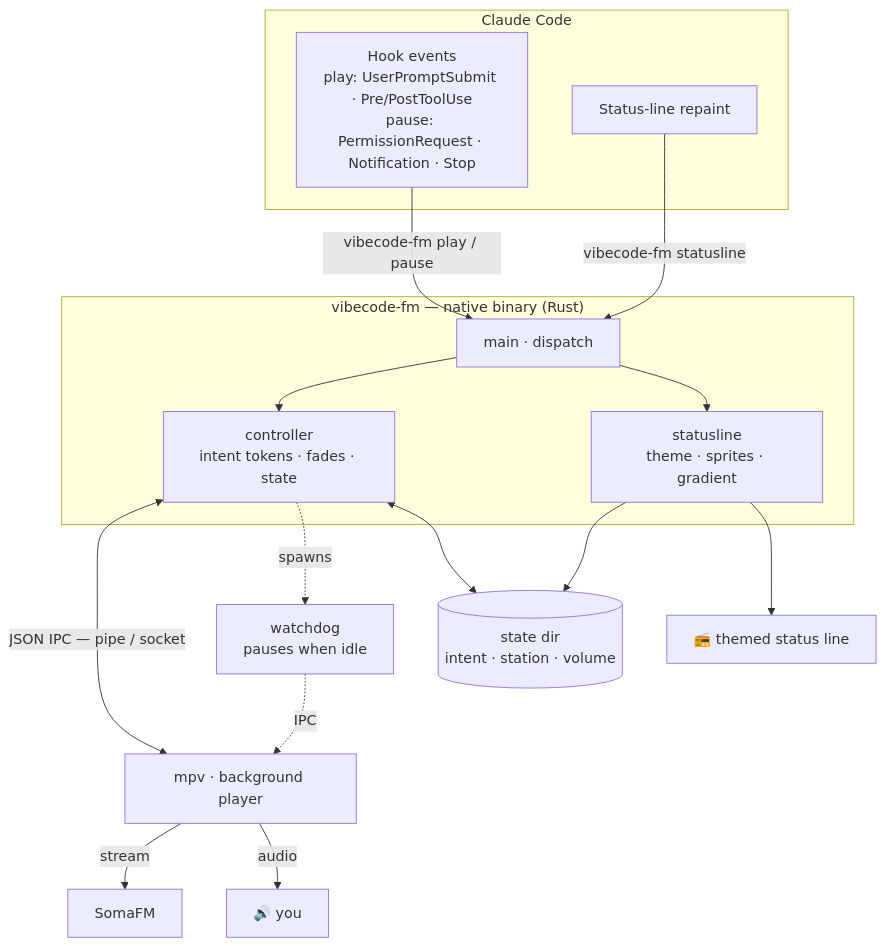
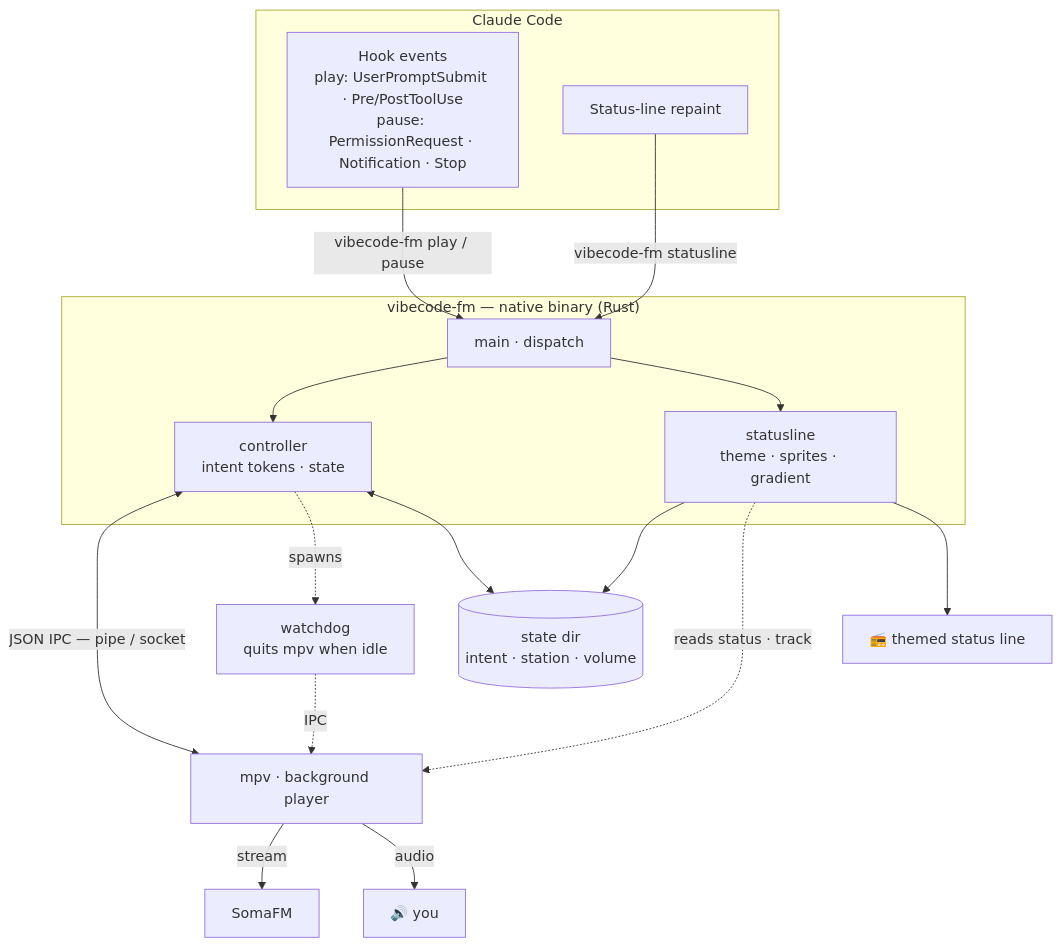
One commit to GusGaiotti/vibecode.fm changed the diagram in README.es.md. Above: the diagram before and after it, drawn with Mermaid. The commit also changed other lines of this file and 2 other files, not shown here.

Commit message:
Fix the flow diagram
Show that the status line also reads live status/track from mpv, label
the watchdog as quitting mpv when idle (0.7.0), and drop 'fades' from the
controller node now that the fade is gone.

````diff
--- a/README.es.md
+++ b/README.es.md
@@ -39,33 +39,34 @@
 ```mermaid
 flowchart TD
     subgraph cc["Claude Code"]
         ev["Hook events<br/>play: UserPromptSubmit · Pre/PostToolUse<br/>pause: PermissionRequest · Notification · Stop"]
         rp["Status-line repaint"]
     end
 
     subgraph plugin["vibecode-fm — native binary (Rust)"]
         disp["main · dispatch"]
-        ctrl["controller<br/>intent tokens · fades · state"]
+        ctrl["controller<br/>intent tokens · state"]
         sl["statusline<br/>theme · sprites · gradient"]
     end
 
     mpv["mpv · background player"]
-    wd["watchdog<br/>pauses when idle"]
+    wd["watchdog<br/>quits mpv when idle"]
     st[("state dir<br/>intent · station · volume")]
     soma["SomaFM"]
     you["🔊 you"]
     term["📻 themed status line"]
 
     ev -->|"vibecode-fm play / pause"| disp
     rp -->|"vibecode-fm statusline"| disp
     disp --> ctrl
     disp --> sl
     ctrl <-->|"JSON IPC — pipe / socket"| mpv
     ctrl -.->|"spawns"| wd
     wd -.->|"IPC"| mpv
     ctrl <--> st
     sl --> st
+    sl -.->|"reads status · track"| mpv
     mpv -->|"stream"| soma
     mpv -->|"audio"| you
     sl --> term
 ```
````
